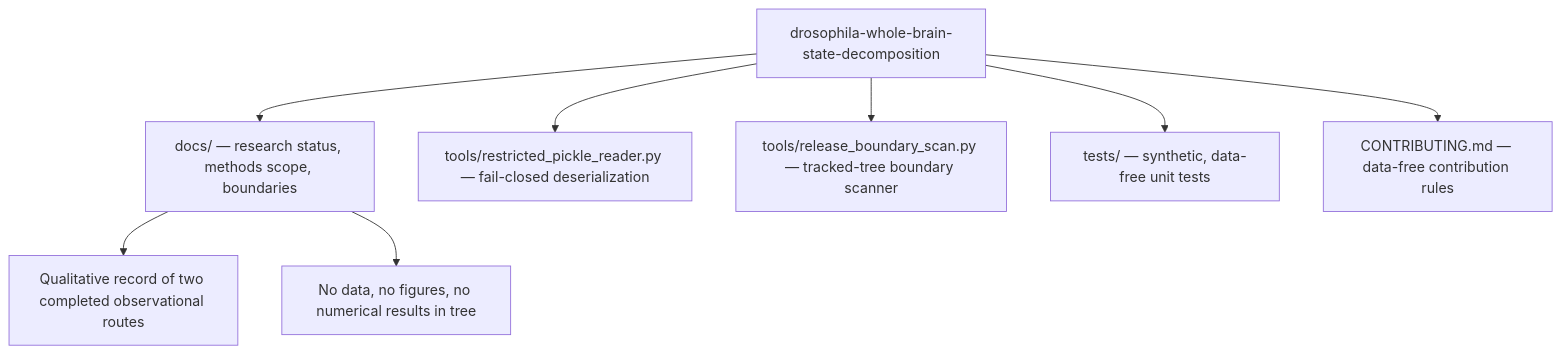
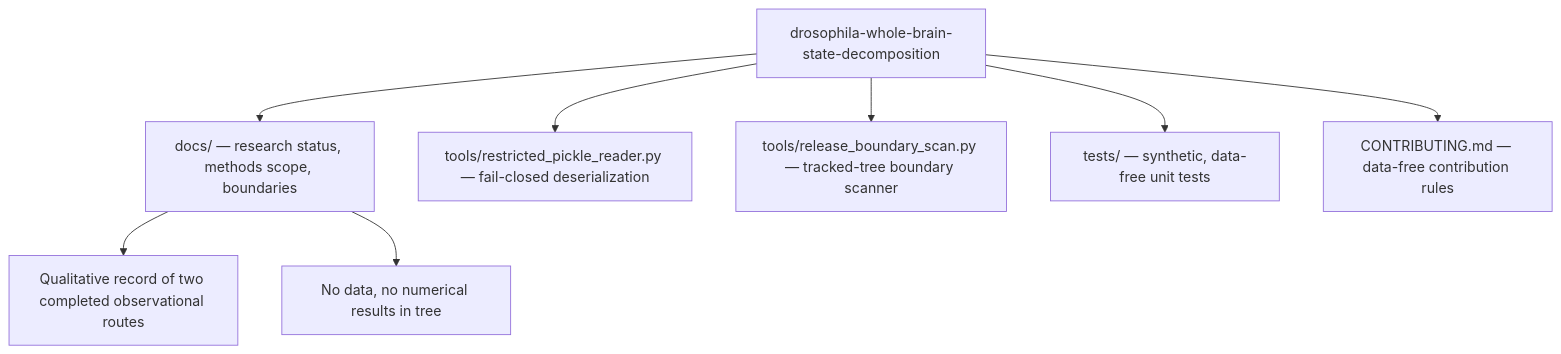
Before and after one commit to hwilner/drosophila-whole-brain-state-decomposition: the third of 3 diagrams in docs/EXTENDED_INTRODUCTION.md, drawn with Mermaid. The commit also changed other lines of this file, not shown here.

````diff
--- a/docs/EXTENDED_INTRODUCTION.md
+++ b/docs/EXTENDED_INTRODUCTION.md
@@ -77,11 +100,11 @@
 ```mermaid
 flowchart TB
     R[drosophila-whole-brain-state-decomposition]
     R --> D1[docs/ — research status, methods scope, boundaries]
     R --> T1[tools/restricted_pickle_reader.py — fail-closed deserialization]
     R --> T2[tools/release_boundary_scan.py — tracked-tree boundary scanner]
     R --> TE[tests/ — synthetic, data-free unit tests]
     R --> C[CONTRIBUTING.md — data-free contribution rules]
     D1 --> N1[Qualitative record of two completed observational routes]
-    D1 --> N2[No data, no figures, no numerical results in tree]
+    D1 --> N2[No data, no numerical results in tree]
 ```
````
